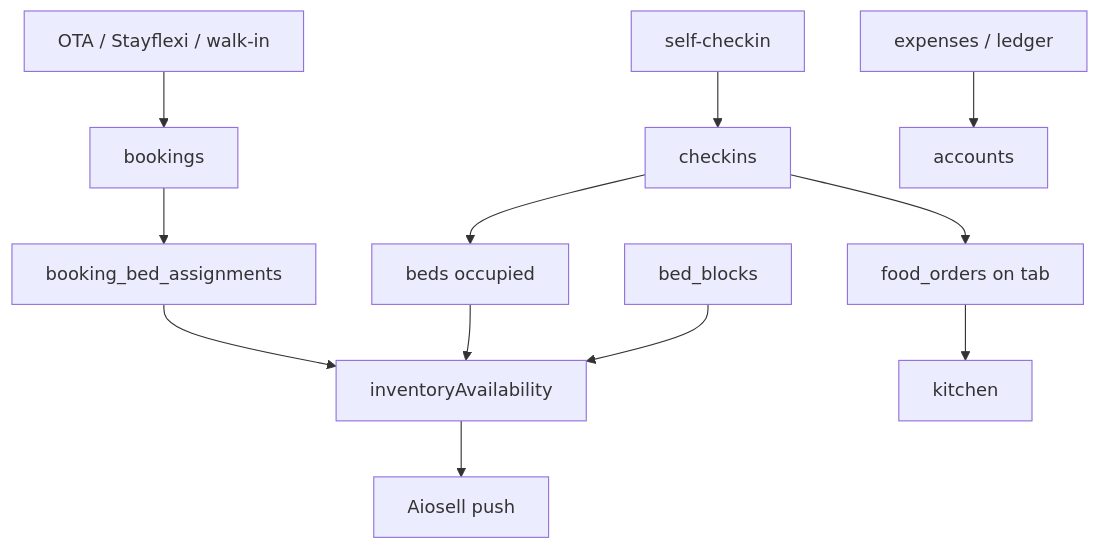
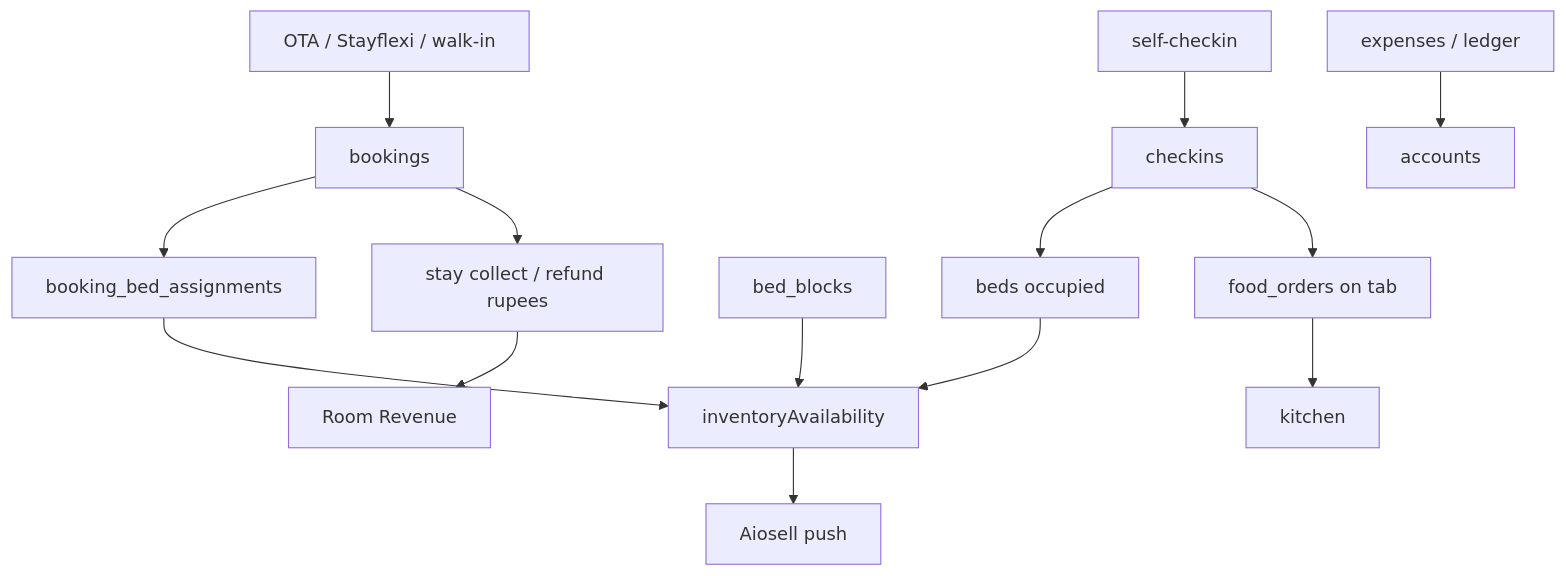
The second of 2 diagrams in docs/overview.md (pdhiran/GokoHostelWebpages), drawn with Mermaid before and after one commit. The commit also changed other lines of this file and 12 other files, not shown here.

First line of the commit message:
Fill handbook gaps for stay collect, Room Revenue, and 0% tax.

````diff
--- a/docs/overview.md
+++ b/docs/overview.md
@@ -161,14 +162,16 @@
 ```mermaid
 flowchart TB
   OTA[OTA / Stayflexi / walk-in] --> BK[bookings]
   BK --> BBA[booking_bed_assignments]
   SC[self-checkin] --> CI[checkins]
   CI --> BEDS[beds occupied]
   BBA --> INV[inventoryAvailability]
   BEDS --> INV
   BLK[bed_blocks] --> INV
   INV --> AIO[Aiosell push]
   CI --> FO[food_orders on tab]
   FO --> KIT[kitchen]
+  BK --> PAY[stay collect / refund rupees]
+  PAY --> RR[Room Revenue]
   EXP[expenses / ledger] --> ACC[accounts]
 ```
````
